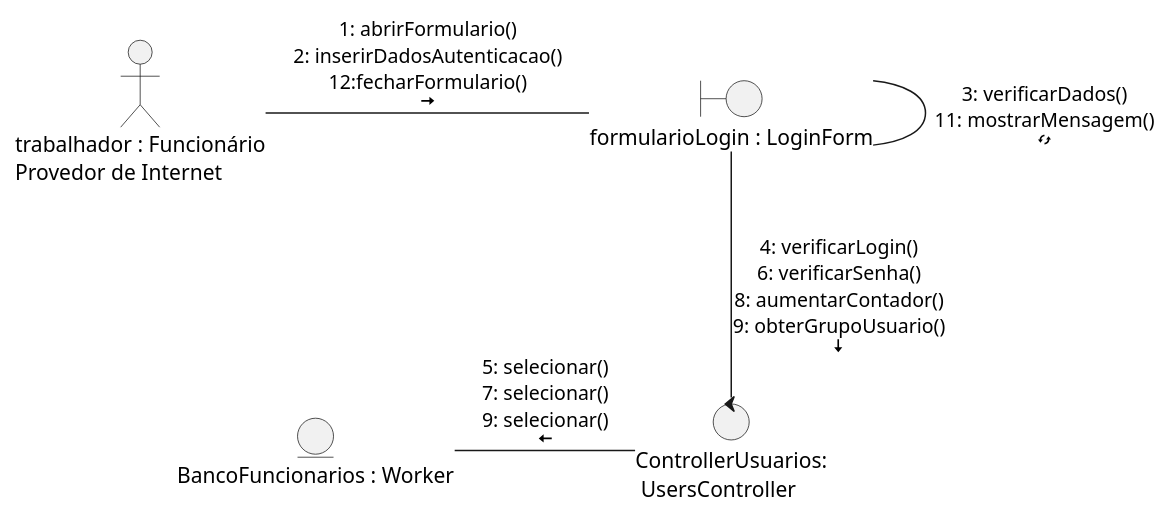
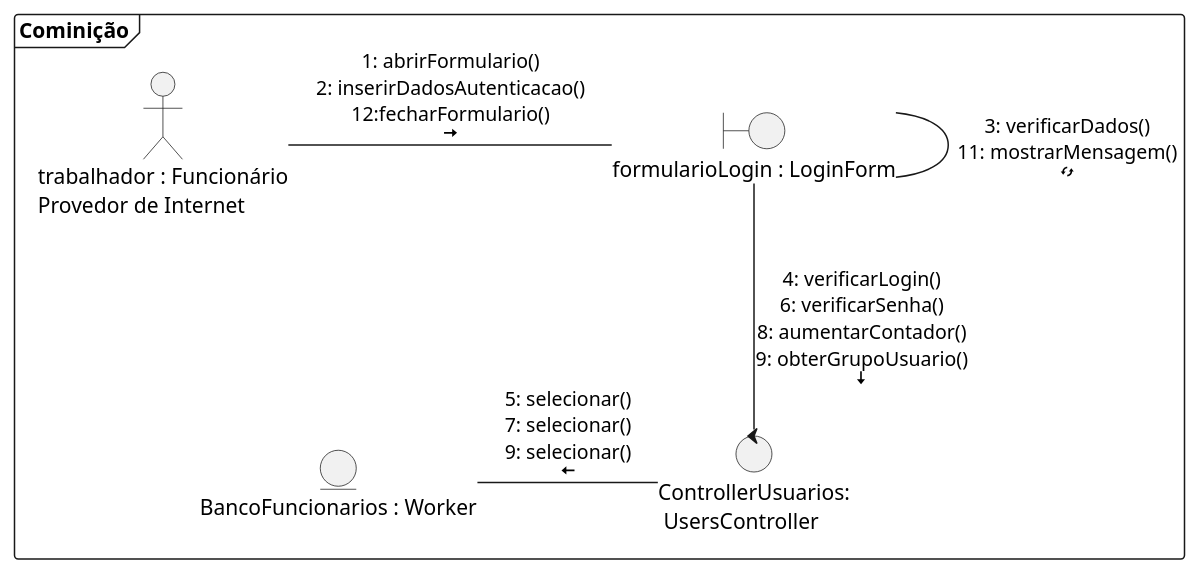
The diagram in UML/DiagramasComportamentais/Comunicacao.puml (LeonardoVieiraGuimaraes/OrientacaoObjetos), drawn with PlantUML before and after one commit. The commit also changed other lines of this file and 1 other file, not shown here.

Commit message:
Changes to be committed: 	modified:   UML/DiagramasComportamentais/Comunicacao.puml 	modified:   UML/DiagramasComportamentais/VisaoGeralInteracao.puml

```diff
--- a/UML/DiagramasComportamentais/Comunicacao.puml
+++ b/UML/DiagramasComportamentais/Comunicacao.puml
@@ -1,17 +1,20 @@
 @startuml
+
+frame Cominição {
+
 actor Ator as "trabalhador : Funcionário\nProvedor de Internet"
 boundary View as "formularioLogin : LoginForm"
 control Controller as "ControllerUsuarios:\n UsersController"
 entity Modelo as "BancoFuncionarios : Worker"
 
 Ator - (View): "1: abrirFormulario()\n2: inserirDadosAutenticacao()\n12:fecharFormulario()\n<&arrow-right>"
 View - View : "3: verificarDados()\n11: mostrarMensagem()\n<&loop-circular>"
 (View) -- (Controller) : "4: verificarLogin()\n6: verificarSenha()\n8: aumentarContador()\n9: obterGrupoUsuario()\n<&arrow-bottom>"
 (Controller) -left- (Modelo) : "5: selecionar()\n7: selecionar()\n9: selecionar()\n<&arrow-left>"
 
 'Outros ícones de setas
 '<&arrow-left>
 '<&arrow-right>
 '<&arrow-top>
 '<&arrow-bottom>
 @enduml
```
